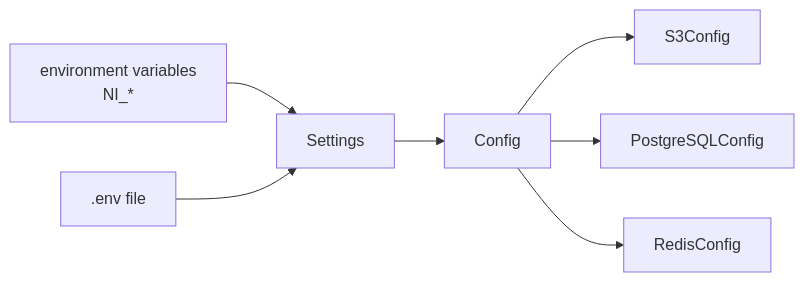
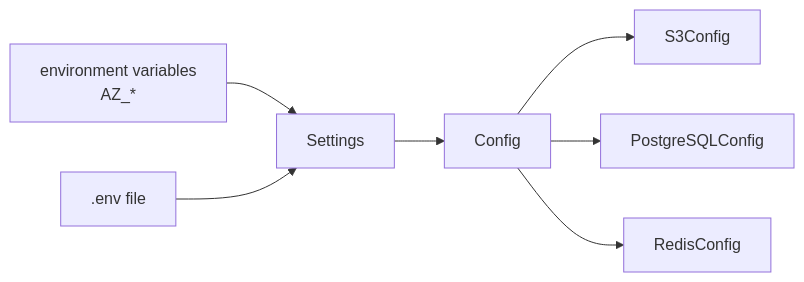
Before and after one commit to azents/azents: diagram 13 of 13 in docs/azents/design/architecture.md, drawn with Mermaid. The commit also changed other lines of this file and 245 other files, not shown here.

````diff
--- a/docs/azents/design/architecture.md
+++ b/docs/azents/design/architecture.md
@@ -1085,9 +1085,9 @@
 ```mermaid
 graph LR
-    ENV[environment variables<br/>NI_*] --> Settings
+    ENV[environment variables<br/>AZ_*] --> Settings
     DOTENV[.env file] --> Settings
     Settings --> Config
     Config --> S3Config
     Config --> PostgreSQLConfig
     Config --> RedisConfig
 ```
````
